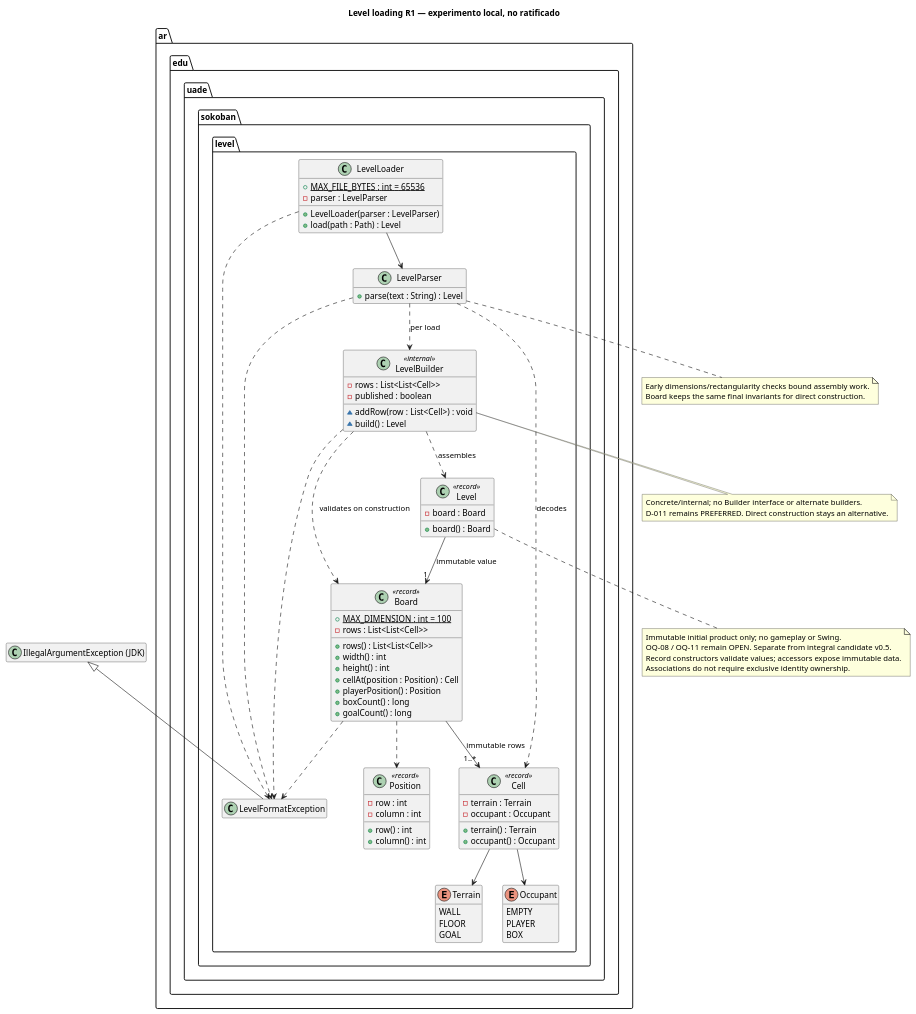
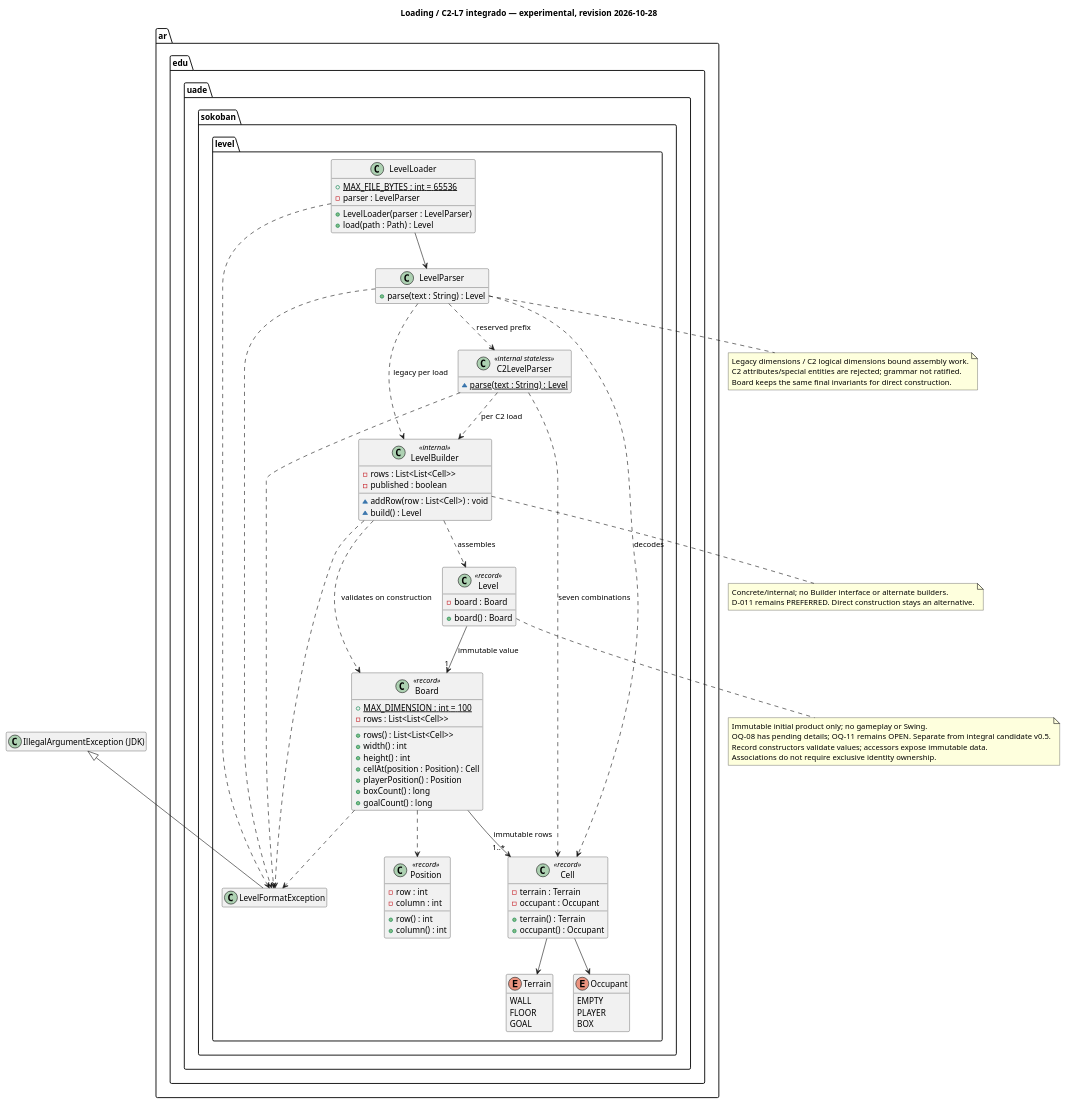
One commit to smatrauade/Los-Force-Push changed the diagram in docs/architecture/uml/level-loading-spike-v1.puml. Above: the diagram before and after it, drawn with PlantUML. The commit also changed 22 other files, not shown here.

```diff
--- a/docs/architecture/uml/level-loading-spike-v1.puml
+++ b/docs/architecture/uml/level-loading-spike-v1.puml
@@ -1,89 +1,97 @@
 @startuml
-title Level loading R1 — experimento local, no ratificado
+title Loading / C2-L7 integrado — experimental, revision 2026-10-28
 hide empty members
 package ar.edu.uade.sokoban.level {
   class Position <<record>> {
     -row : int
     -column : int
     +row() : int
     +column() : int
   }
   enum Terrain {
     WALL
     FLOOR
     GOAL
   }
   enum Occupant {
     EMPTY
     PLAYER
     BOX
   }
   class Cell <<record>> {
     -terrain : Terrain
     -occupant : Occupant
     +terrain() : Terrain
     +occupant() : Occupant
   }
   class Board <<record>> {
     {static} +MAX_DIMENSION : int = 100
     -rows : List<List<Cell>>
     +rows() : List<List<Cell>>
     +width() : int
     +height() : int
     +cellAt(position : Position) : Cell
     +playerPosition() : Position
     +boxCount() : long
     +goalCount() : long
   }
   class Level <<record>> {
     -board : Board
     +board() : Board
   }
   class LevelBuilder <<internal>> {
     -rows : List<List<Cell>>
     -published : boolean
     ~addRow(row : List<Cell>) : void
     ~build() : Level
   }
   class LevelParser {
     +parse(text : String) : Level
   }
+  class C2LevelParser <<internal stateless>> {
+    {static} ~parse(text : String) : Level
+  }
   class LevelLoader {
     {static} +MAX_FILE_BYTES : int = 65536
     -parser : LevelParser
     +LevelLoader(parser : LevelParser)
     +load(path : Path) : Level
   }
   class LevelFormatException
 }
 class "IllegalArgumentException (JDK)" as IllegalArgumentException
 IllegalArgumentException <|-- LevelFormatException
 LevelLoader --> LevelParser
-LevelParser ..> LevelBuilder : per load
+LevelParser ..> LevelBuilder : legacy per load
+LevelParser ..> C2LevelParser : reserved prefix
+C2LevelParser ..> LevelBuilder : per C2 load
+C2LevelParser ..> Cell : seven combinations
+C2LevelParser ..> LevelFormatException
 LevelParser ..> Cell : decodes
 LevelBuilder ..> Level : assembles
 LevelBuilder ..> Board : validates on construction
 Level --> "1" Board : immutable value
 Board --> "1..*" Cell : immutable rows
 Cell --> Terrain
 Cell --> Occupant
 Board ..> Position
 LevelParser ..> LevelFormatException
 LevelBuilder ..> LevelFormatException
 LevelLoader ..> LevelFormatException
 Board ..> LevelFormatException
 note bottom of LevelBuilder
 Concrete/internal; no Builder interface or alternate builders.
 D-011 remains PREFERRED. Direct construction stays an alternative.
 end note
 note bottom of Level
 Immutable initial product only; no gameplay or Swing.
-OQ-08 / OQ-11 remain OPEN. Separate from integral candidate v0.5.
+OQ-08 has pending details; OQ-11 remains OPEN. Separate from integral candidate v0.5.
 Record constructors validate values; accessors expose immutable data.
 Associations do not require exclusive identity ownership.
 end note
 note bottom of LevelParser
-Early dimensions/rectangularity checks bound assembly work.
+Legacy dimensions / C2 logical dimensions bound assembly work.
+C2 attributes/special entities are rejected; grammar not ratified.
 Board keeps the same final invariants for direct construction.
 end note
 @enduml
```
